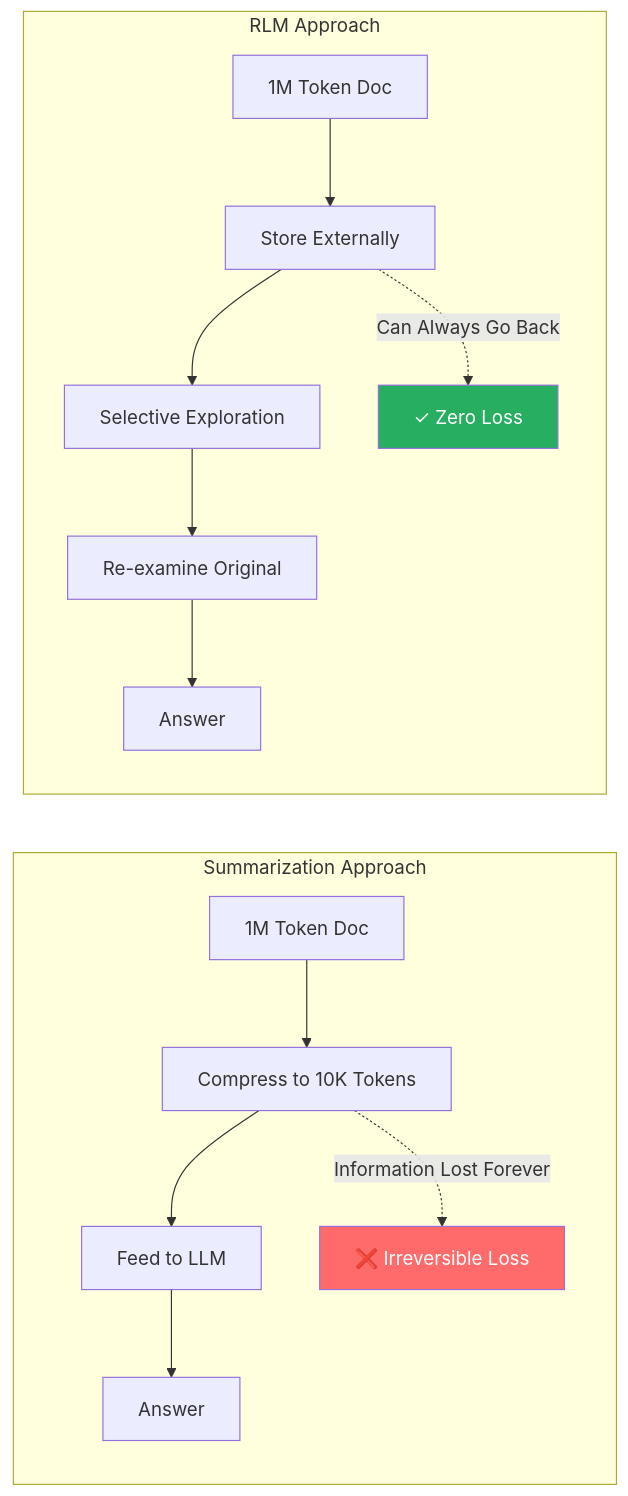
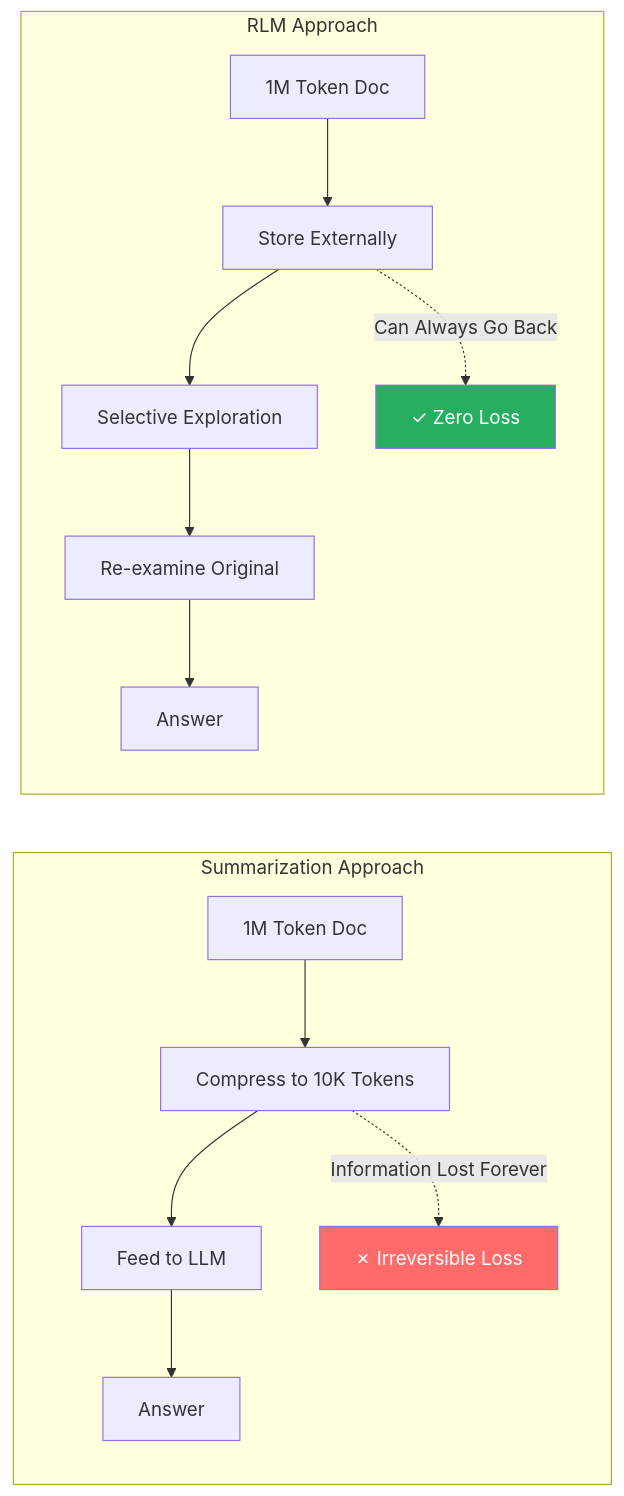
Before and after one commit to rsrini7/Learnings: diagram 12 of 17 in Papers/RecursiveLanguageModels.md, drawn with Mermaid. The commit also changed other lines of this file and 1 other file, not shown here.

````diff
--- a/Papers/RecursiveLanguageModels.md
+++ b/Papers/RecursiveLanguageModels.md
@@ -855,20 +817,20 @@
 ```mermaid
 graph LR
     subgraph Summarization["Summarization Approach"]
         S1[1M Token Doc] --> S2[Compress to 10K Tokens]
         S2 --> S3[Feed to LLM]
         S3 --> S4[Answer]
-        S2 -.->|Information Lost Forever| S5[❌ Irreversible Loss]
+        S2 -.->|Information Lost Forever| S5[✗ Irreversible Loss]
     end
     
     subgraph RLM["RLM Approach"]
         R1[1M Token Doc] --> R2[Store Externally]
         R2 --> R3[Selective Exploration]
         R3 --> R4[Re-examine Original]
         R4 --> R5[Answer]
         R2 -.->|Can Always Go Back| R6[✓ Zero Loss]
     end
     
     style S5 fill:#FF6B6B,color:#fff
     style R6 fill:#27AE60,color:#fff
 ```
````
